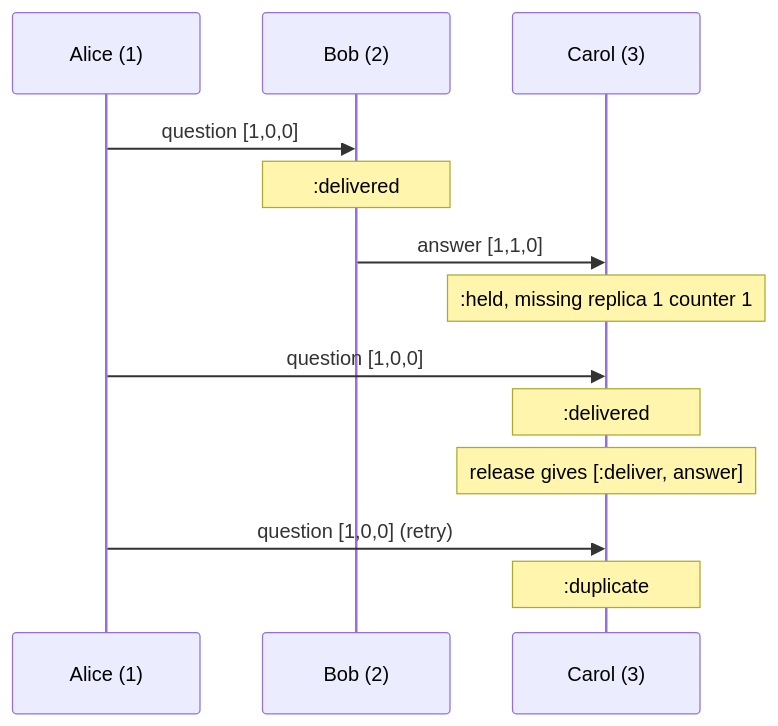
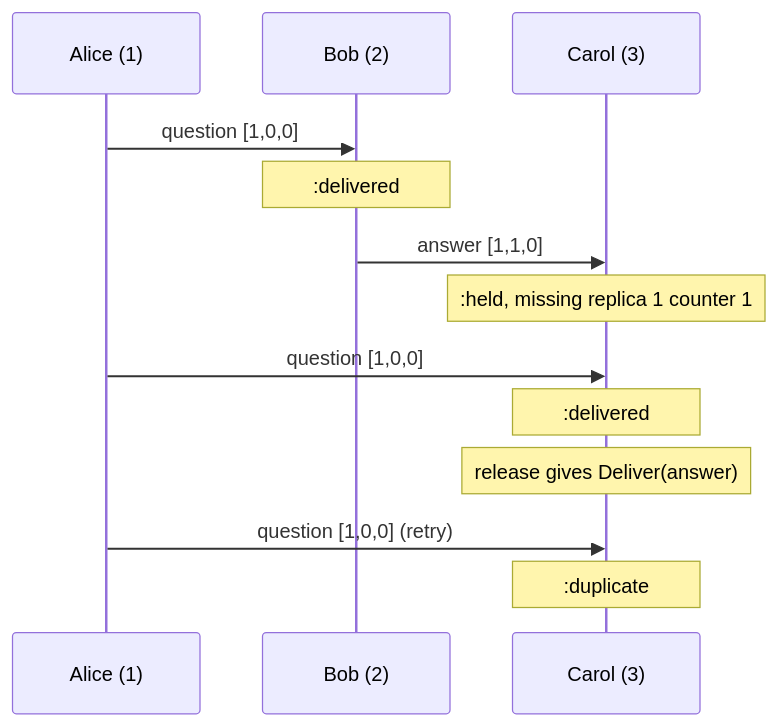
Before and after one commit to seuros/causal_machines: the second of 2 diagrams in README.md, drawn with Mermaid. The commit also changed other lines of this file and 13 other files, not shown here.

````diff
--- a/README.md
+++ b/README.md
@@ -80,16 +80,16 @@
 ```mermaid
 sequenceDiagram
     participant A as Alice (1)
     participant B as Bob (2)
     participant C as Carol (3)
 
     A->>B: question [1,0,0]
     Note over B: :delivered
     B->>C: answer [1,1,0]
     Note over C: :held, missing replica 1 counter 1
     A->>C: question [1,0,0]
     Note over C: :delivered
-    Note over C: release gives [:deliver, answer]
+    Note over C: release gives Deliver(answer)
     A->>C: question [1,0,0] (retry)
     Note over C: :duplicate
 ```
````
